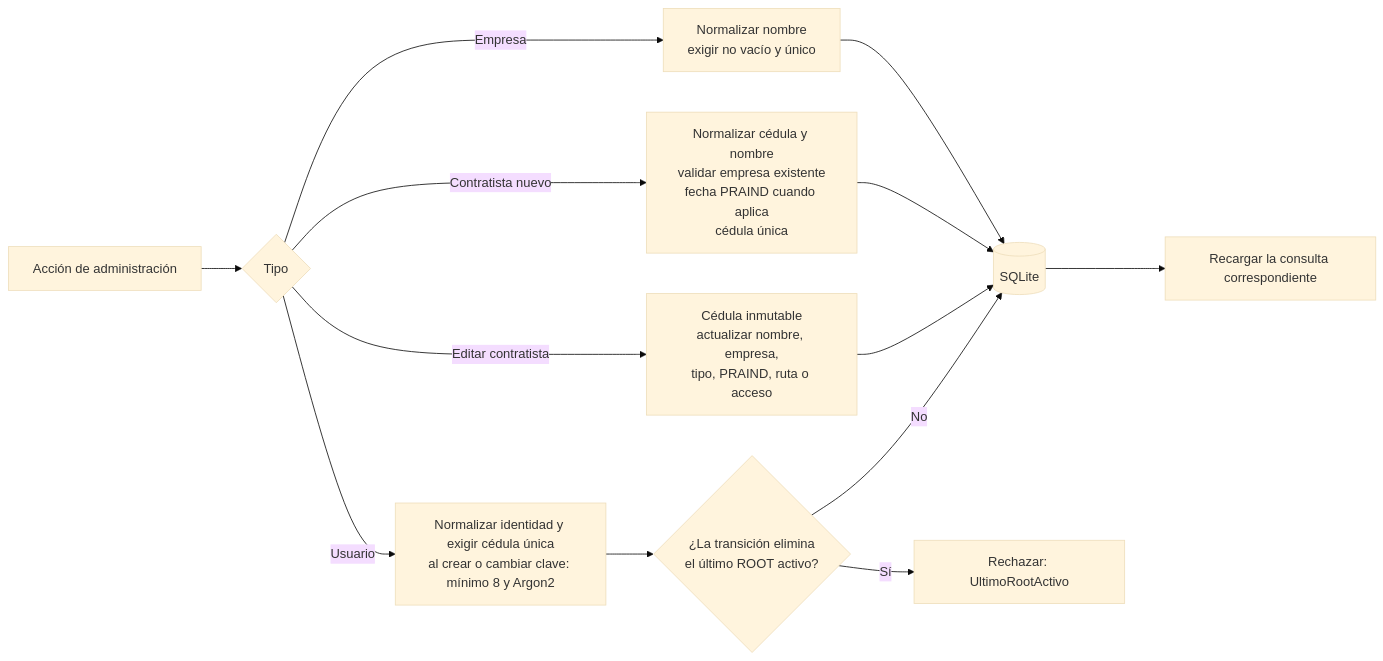
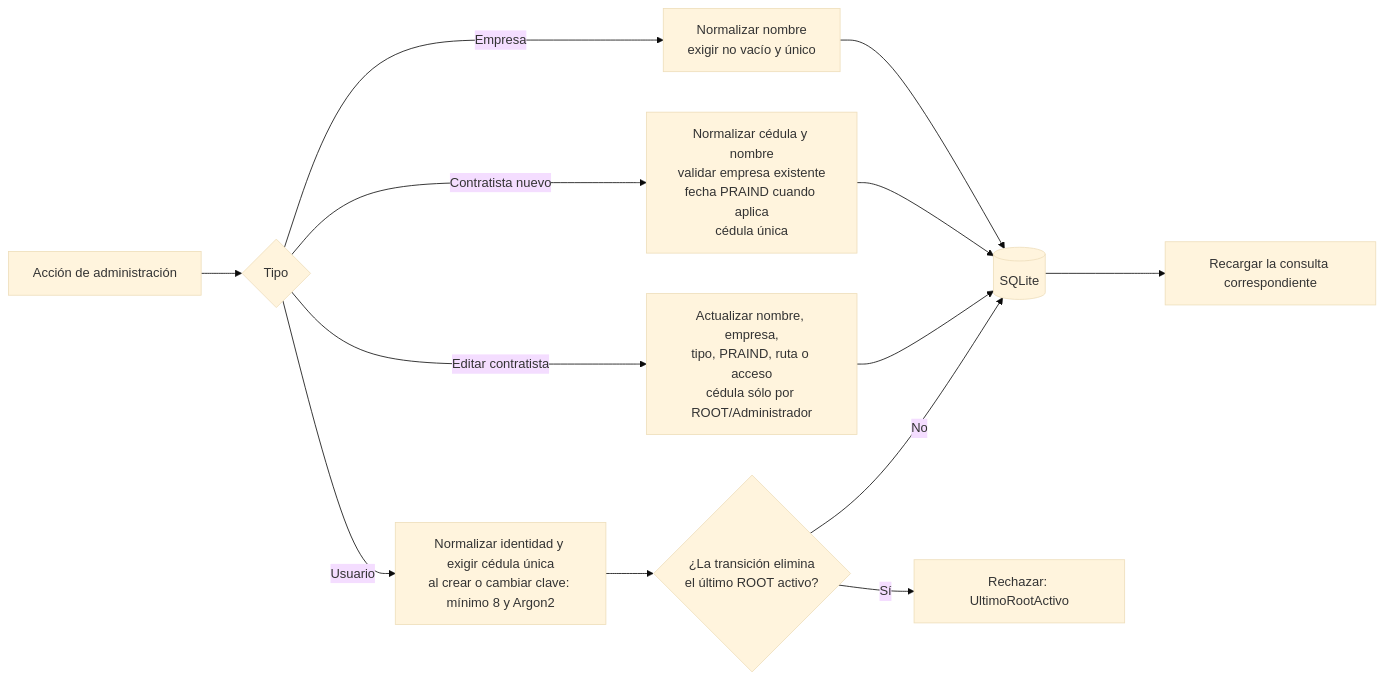
Before and after one commit to DQM27/acceso_CLI: the fifth of 7 diagrams in docs/diagrama-logico.md, drawn with Mermaid (base theme). The commit also changed other lines of this file and 21 other files, not shown here.

Commit message:
feat: permitir editar cedula de contratistas por rol

````diff
--- a/docs/diagrama-logico.md
+++ b/docs/diagrama-logico.md
@@ -244,18 +244,18 @@
 ```mermaid
 flowchart LR
     A["Acción de administración"] --> B{"Tipo"}
 
     B -->|Empresa| E["Normalizar nombre<br/>exigir no vacío y único"]
     B -->|Contratista nuevo| C["Normalizar cédula y nombre<br/>validar empresa existente<br/>fecha PRAIND cuando aplica<br/>cédula única"]
-    B -->|Editar contratista| CE["Cédula inmutable<br/>actualizar nombre, empresa,<br/>tipo, PRAIND, ruta o acceso"]
+    B -->|Editar contratista| CE["Actualizar nombre, empresa,<br/>tipo, PRAIND, ruta o acceso<br/>cédula sólo por ROOT/Administrador"]
     B -->|Usuario| U["Normalizar identidad y exigir cédula única<br/>al crear o cambiar clave: mínimo 8 y Argon2"]
 
     E --> DB[("SQLite")]
     C --> DB
     CE --> DB
     U --> R{"¿La transición elimina<br/>el último ROOT activo?"}
     R -->|Sí| X["Rechazar: UltimoRootActivo"]
     R -->|No| DB
 
     DB --> Q["Recargar la consulta correspondiente"]
 ```
````
